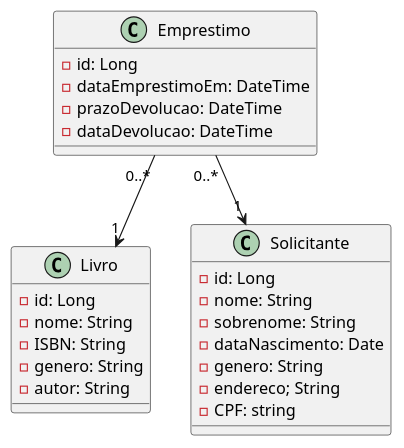
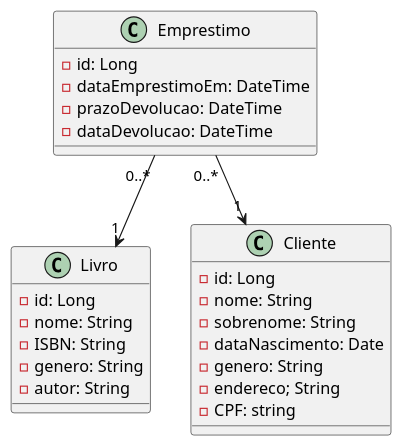
The diagram in src/main/resources/domain.plantuml (jeoliveira045/bibly), drawn with PlantUML before and after one commit. The commit also changed 16 other files, not shown here.

```diff
--- a/src/main/resources/domain.plantuml
+++ b/src/main/resources/domain.plantuml
@@ -1,30 +1,30 @@
 @startuml
 
     class Livro{
         - id: Long
         - nome: String
         - ISBN: String
         - genero: String
         - autor: String
     }
 
     class Emprestimo{
         - id: Long
         - dataEmprestimoEm: DateTime
         - prazoDevolucao: DateTime
         - dataDevolucao: DateTime
     }
 
-    class Solicitante{
+    class Cliente{
         - id: Long
         - nome: String
         - sobrenome: String
         - dataNascimento: Date
         - genero: String
         - endereco; String
         - CPF: string
     }
 
     Emprestimo "0..*"--> "1" Livro
-    Emprestimo "0..*" --> "1" Solicitante
+    Emprestimo "0..*" --> "1" Cliente
 @enduml
```
